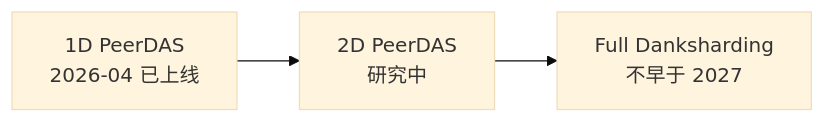
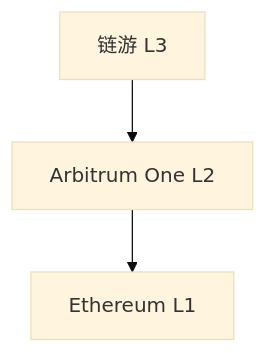
Diagram 13 of 13 in web3-engineer-guide/07-L2与扩容/README.md (ChuwuYo/misc-files), drawn with Mermaid (base theme) before and after one commit. The commit also changed other lines of this file and 211 other files, not shown here.

````diff
--- a/web3-engineer-guide/07-L2与扩容/README.md
+++ b/web3-engineer-guide/07-L2与扩容/README.md
@@ -662,5 +791,6 @@
 ```mermaid
-graph LR
-    A[1D PeerDAS<br>2026-04 已上线] --> B[2D PeerDAS<br>研究中]
-    B --> C[Full Danksharding<br>不早于 2027]
+graph TB
+    L1[Ethereum L1]
+    L2A[Arbitrum One L2] --> L1
+    L3a[链游 L3] --> L2A
 ```
````
